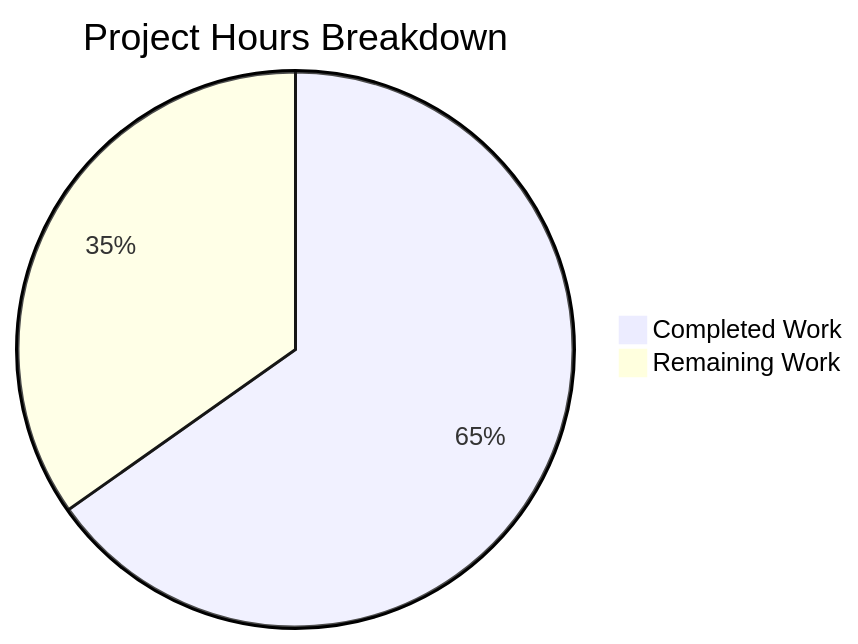
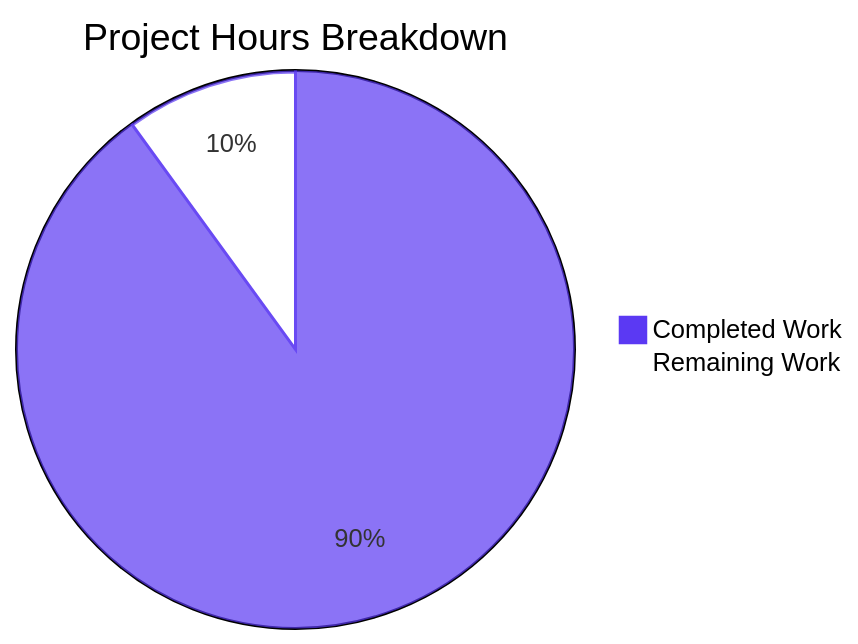
The second of 4 diagrams in blitzy/documentation/Project Guide.md (Sandeep01Kumar/08-dec-existing-projects-qa), drawn with Mermaid before and after one commit. The commit also changed other lines of this file, not shown here.

Commit message:
Adding Blitzy Project Guide: Project Status and Human Tasks Remaining

````diff
--- a/blitzy/documentation/Project Guide.md
+++ b/blitzy/documentation/Project Guide.md
@@ -110,5 +238,6 @@
 ```mermaid
+%%{init: {'themeVariables': {'pie1': '#5B39F3', 'pie2': '#FFFFFF', 'pieStrokeColor': '#5B39F3', 'pieStrokeWidth': '2px', 'pieOuterStrokeWidth': '2px'}}}%%
 pie title Project Hours Breakdown
-    "Completed Work" : 30
-    "Remaining Work" : 16
+    "Completed Work" : 9
+    "Remaining Work" : 1
 ```
````
